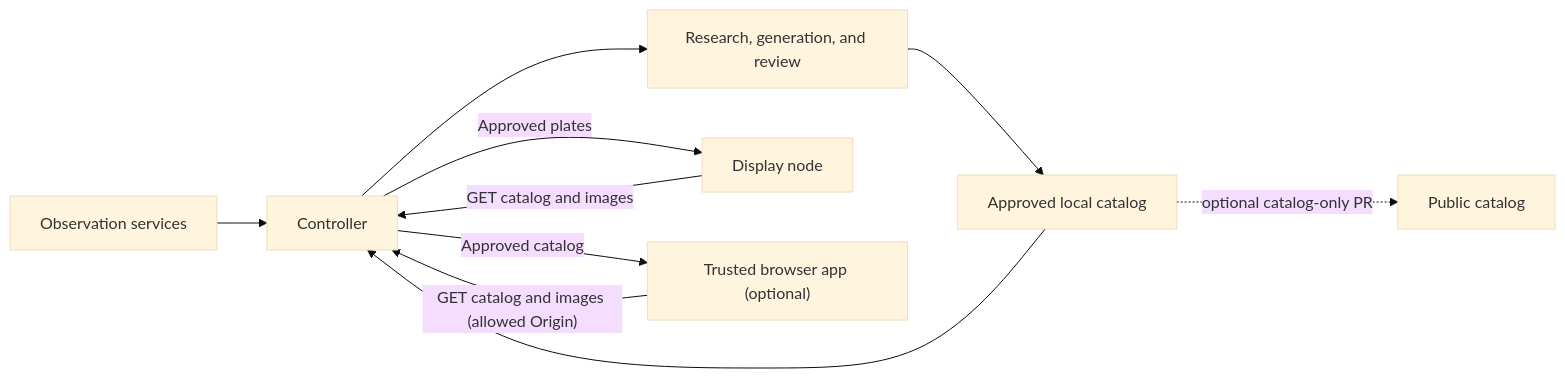
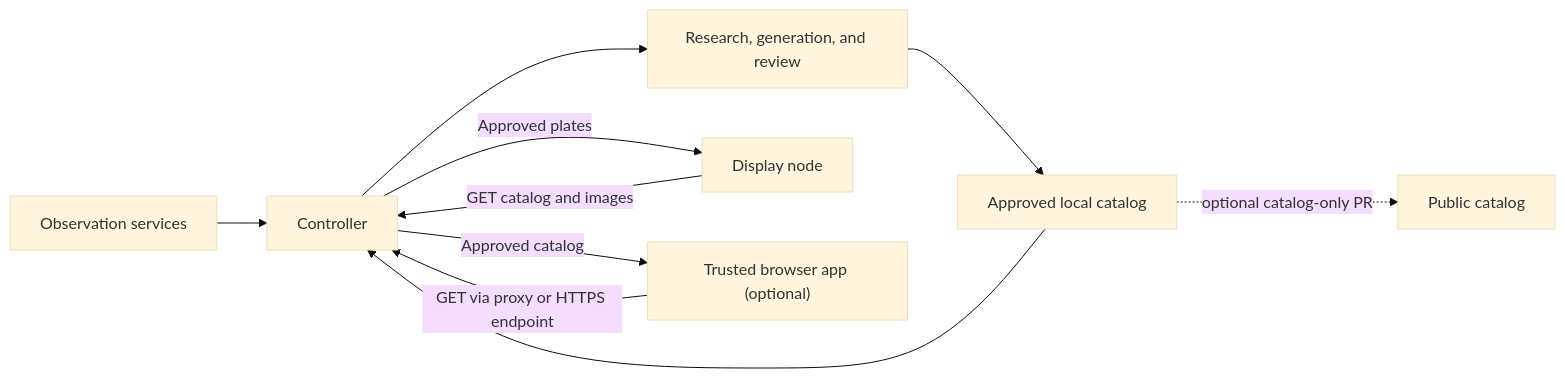
Before and after one commit to veteranbv/inky-bird-frame: the diagram in docs/architecture.md, drawn with Mermaid (base theme). The commit also changed 6 other files, not shown here.

Commit message:
Correct browser endpoint guidance

````diff
--- a/docs/architecture.md
+++ b/docs/architecture.md
@@ -8,12 +8,12 @@
 ```mermaid
 flowchart LR
     S["Observation services"] --> C["Controller"]
     C --> R["Research, generation, and review"]
     R --> A["Approved local catalog"]
     A --> C
     D["Display node"] -- "GET catalog and images" --> C
     C -- "Approved plates" --> D
-    B["Trusted browser app (optional)"] -- "GET catalog and images (allowed Origin)" --> C
+    B["Trusted browser app (optional)"] -- "GET via proxy or HTTPS endpoint" --> C
     C -- "Approved catalog" --> B
     A -. "optional catalog-only PR" .-> P["Public catalog"]
 ```
````
